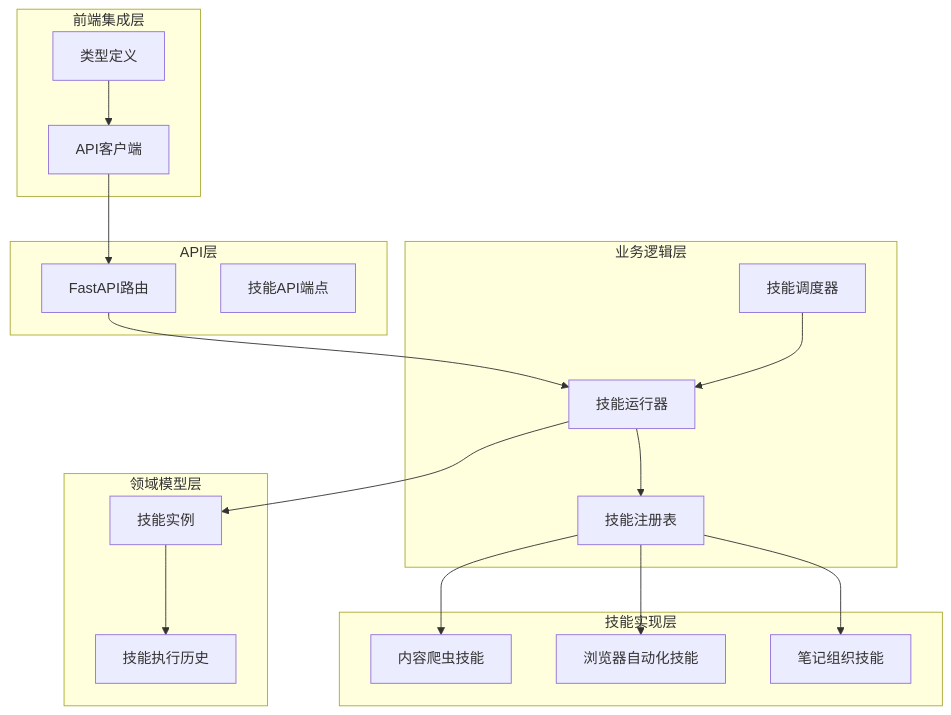
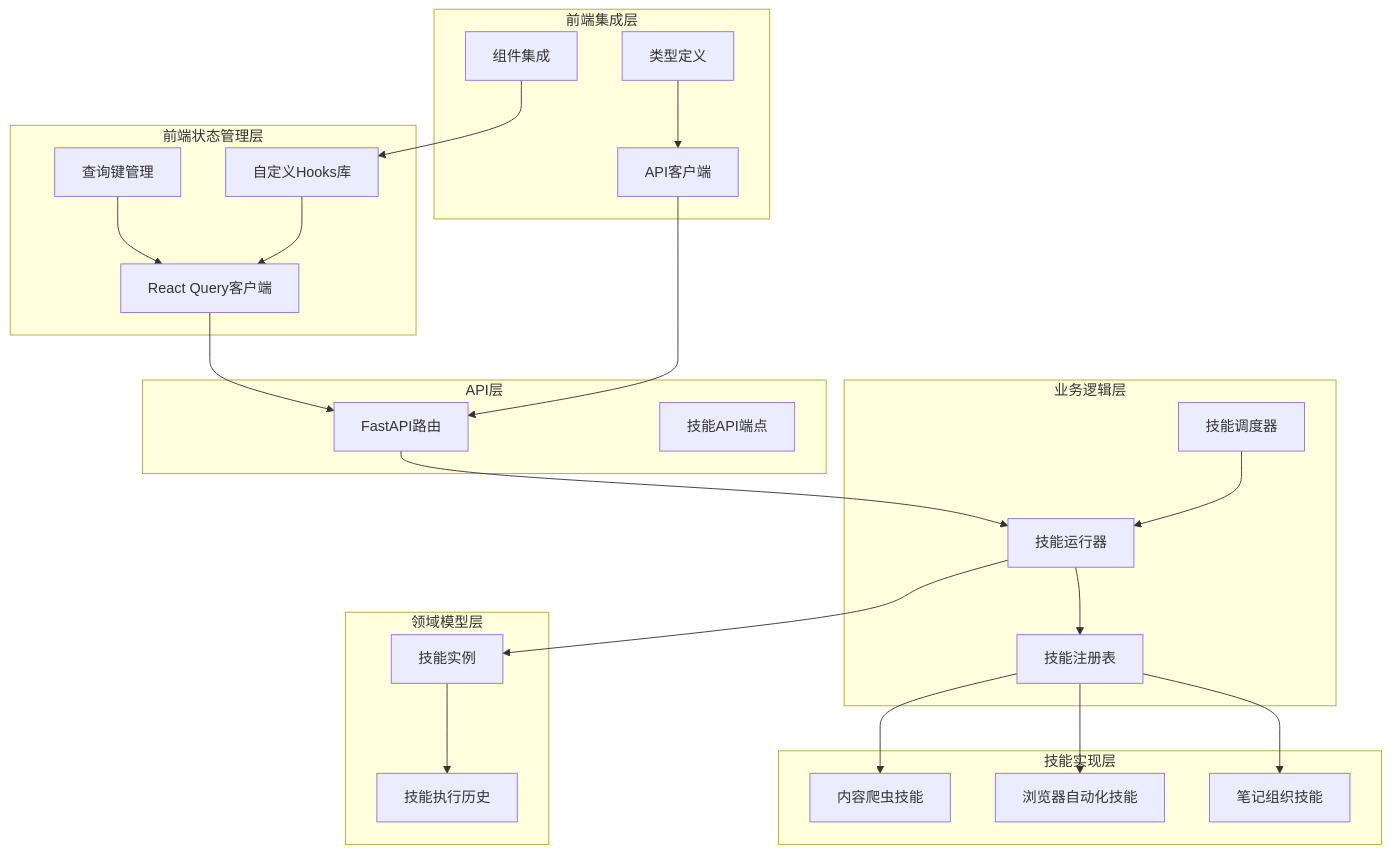
The first of 12 diagrams in .qoder/repowiki/zh/content/前端架构/技能系统API集成.md (jackeyunjie/open-notebook), drawn with Mermaid before and after one commit. The commit also changed other lines of this file and 24 other files, not shown here.

````diff
--- a/.qoder/repowiki/zh/content/前端架构/技能系统API集成.md
+++ b/.qoder/repowiki/zh/content/前端架构/技能系统API集成.md
@@ -40,35 +54,45 @@
 ```mermaid
 graph TB
 subgraph "API层"
 A[FastAPI路由]
 B[技能API端点]
 end
 subgraph "业务逻辑层"
 C[技能运行器]
 D[技能注册表]
 E[技能调度器]
 end
 subgraph "领域模型层"
 F[技能实例]
 G[技能执行历史]
 end
 subgraph "技能实现层"
 H[内容爬虫技能]
 I[浏览器自动化技能]
 J[笔记组织技能]
 end
+subgraph "前端状态管理层"
+K[React Query客户端]
+L[查询键管理]
+M[自定义Hooks库]
+end
 subgraph "前端集成层"
-K[API客户端]
-L[类型定义]
+N[API客户端]
+O[类型定义]
+P[组件集成]
 end
 A --> C
 C --> D
 C --> F
 E --> C
 F --> G
 D --> H
 D --> I
 D --> J
 K --> A
 L --> K
+M --> K
+N --> A
+O --> N
+P --> M
 ```
````
